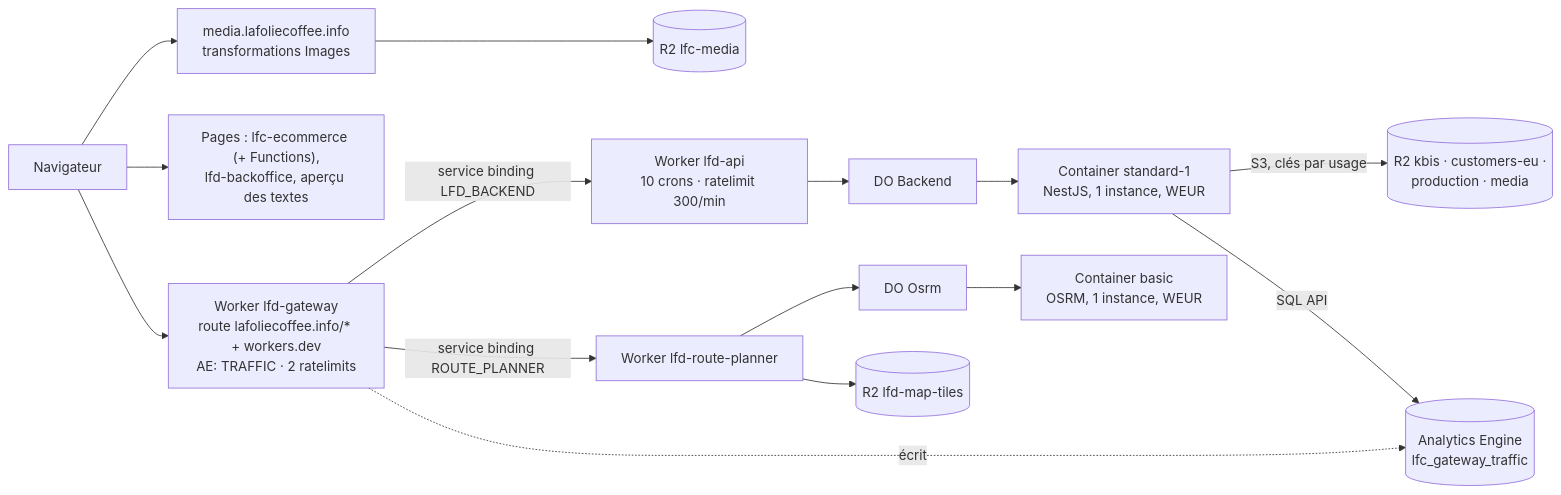
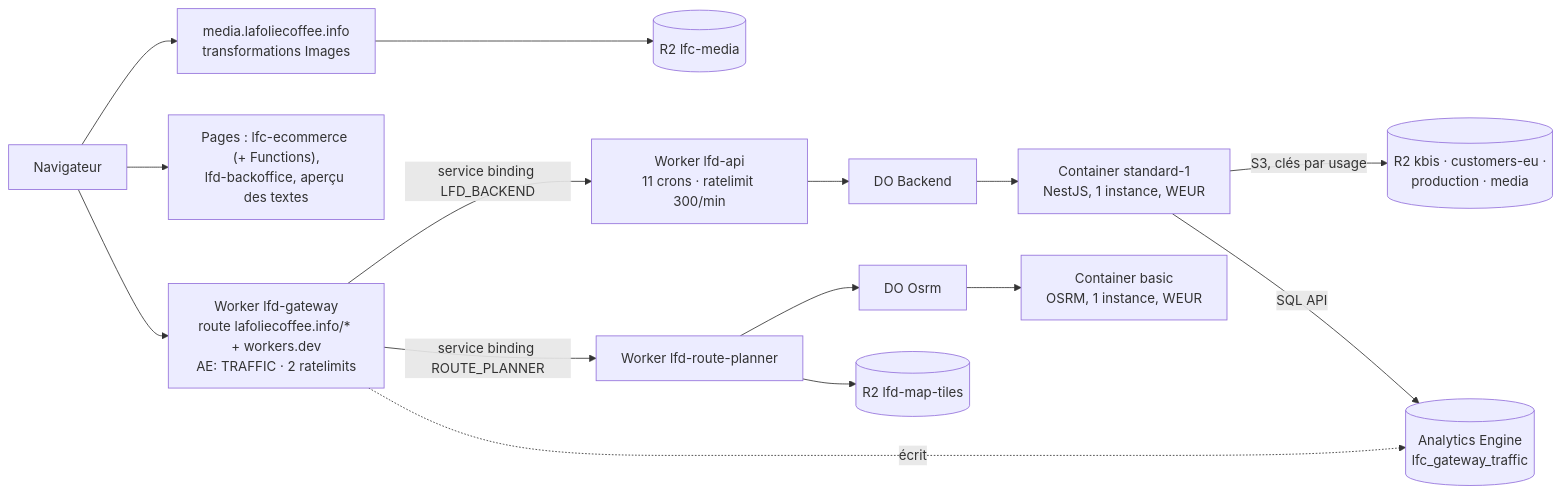
Before and after one commit to hugoheynard/lfd: the diagram in documentation/ops/utilisation-cloudflare.md, drawn with Mermaid. The commit also changed other lines of this file and 75 other files, not shown here.

````diff
--- a/documentation/ops/utilisation-cloudflare.md
+++ b/documentation/ops/utilisation-cloudflare.md
@@ -44,15 +44,15 @@
 ```mermaid
 flowchart LR
     NAV["Navigateur"] --> GW["Worker lfd-gateway<br/>route lafoliecoffee.info/* + workers.dev<br/>AE: TRAFFIC · 2 ratelimits"]
     NAV --> PG["Pages : lfc-ecommerce (+ Functions),<br/>lfd-backoffice, aperçu des textes"]
     NAV --> IMG["media.lafoliecoffee.info<br/>transformations Images"]
     IMG --> RM[("R2 lfc-media")]
-    GW -->|service binding LFD_BACKEND| API["Worker lfd-api<br/>10 crons · ratelimit 300/min"]
+    GW -->|service binding LFD_BACKEND| API["Worker lfd-api<br/>11 crons · ratelimit 300/min"]
     API --> DOA["DO Backend"] --> CA["Container standard-1<br/>NestJS, 1 instance, WEUR"]
     GW -->|service binding ROUTE_PLANNER| RP["Worker lfd-route-planner"]
     RP --> DOR["DO Osrm"] --> CR["Container basic<br/>OSRM, 1 instance, WEUR"]
     RP --> RT[("R2 lfd-map-tiles")]
     CA -->|S3, clés par usage| R2P[("R2 kbis · customers-eu ·<br/>production · media")]
     CA -->|SQL API| AE[("Analytics Engine<br/>lfc_gateway_traffic")]
     GW -.écrit.-> AE
 ```
````
